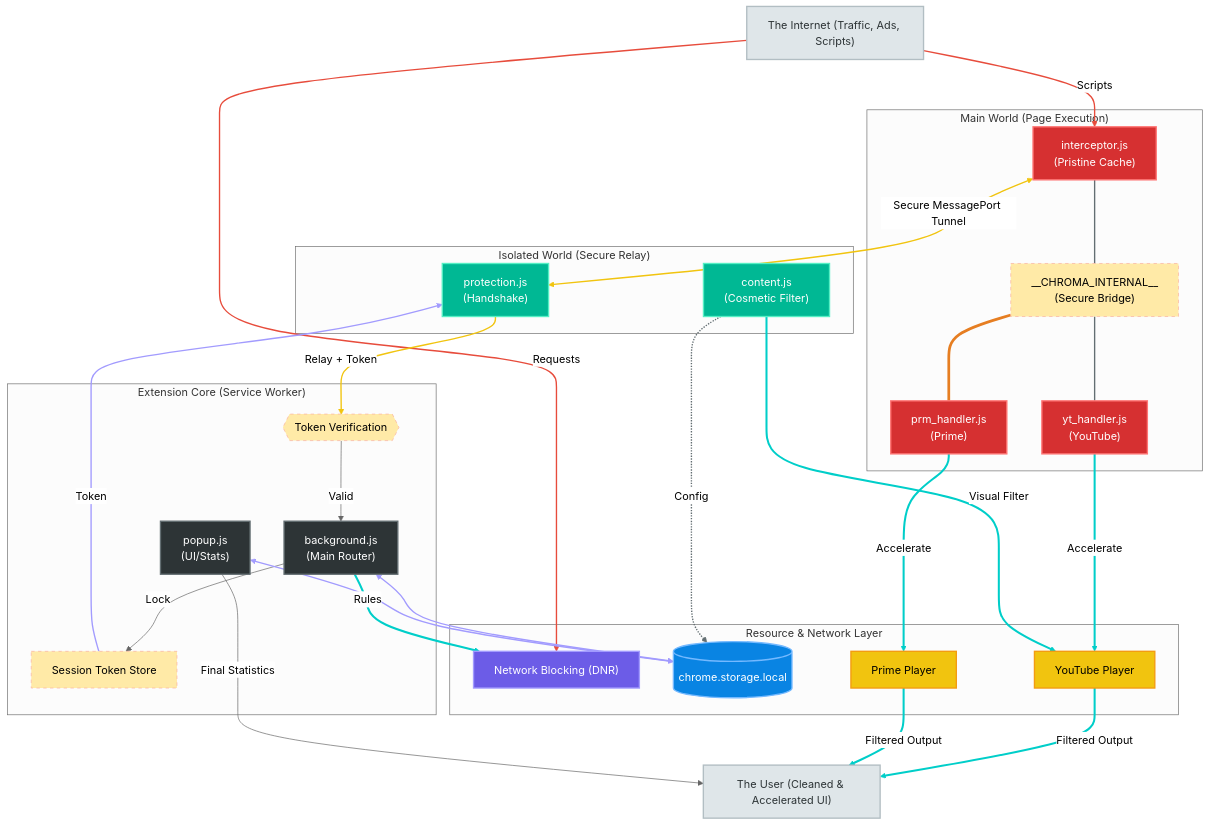
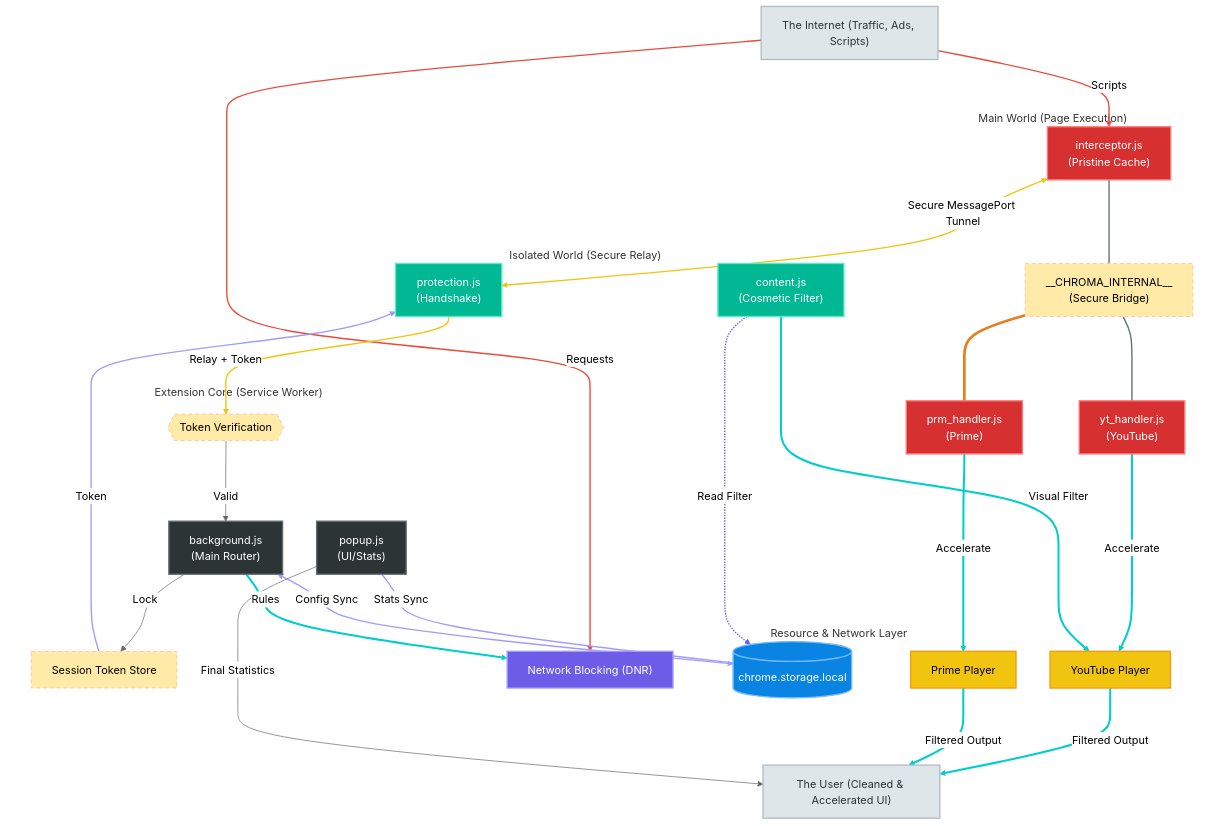
One commit to Dabrogost/Chroma-Ad-Blocker changed the diagram in README.md. Above: the diagram before and after it, drawn with Mermaid (neutral theme). The commit also changed other lines of this file, not shown here.

````diff
--- a/README.md
+++ b/README.md
@@ -74,24 +74,24 @@
 
     %% --- FLOW CONNECTIONS ---
     
-    %% Internet to Components (Pulling Internet to center)
+    %% Internet to Components
     INTERNET -- "Scripts" --> MW_INT
     INTERNET -- "Requests" --> DNR
 
-    %% Secure Pipeline (Traceable Handshake)
+    %% Secure Pipeline
     MW_INT <==>|"Secure MessagePort Tunnel"| CS_PROT
     CS_PROT -- "Relay + Token" --> VERIFY
     VERIFY -- "Valid" --> BS
     BS -- "Lock" --> AUTH
     AUTH -- "Token" --> CS_PROT
 
-    %% Management & Storage
-    BS <--> STORAGE
-    POPUP <--> STORAGE
-    CS_GEN -.->|Config| STORAGE
+    %% ─── Storage Connections (Staggered for Visibility) ───
+    POPUP ---|"Stats Sync"| STORAGE
+    BS <-->|"Config Sync"| STORAGE
+    CS_GEN -.->|"Read Filter"| STORAGE
+
+    %% Control & Action
     BS -- "Rules" --> DNR
-
-    %% Output Generation (Pulling User to center)
     CS_YT ==>|"Accelerate"| YT_DOM
     CS_PV ==>|"Accelerate"| PV_DOM
     CS_GEN ==>|"Visual Filter"| YT_DOM
@@ -101,14 +101,20 @@
     POPUP -- "Final Statistics" --> USER
 
     %% --- LOGIC TRACING (LINK STYLES) ---
-    %% Inbound: Grey
-    linkStyle 0,1,12 stroke:#636e72,stroke-width:2px;
-    %% Handshake: Orange/Gold/Red
+    linkStyle 0,1 stroke:#636e72,stroke-width:2px;
     linkStyle 2 stroke:#e67e22,stroke-width:4px;
     linkStyle 3,4 stroke:#e74c3c,stroke-width:2px;
     linkStyle 5,6 stroke:#f1c40f,stroke-width:2px;
-    %% Data: Purple
+    %% Storage Path (Index 9,10,11)
     linkStyle 9,10,11 stroke:#a29bfe,stroke-width:2px;
-    %% User experience: Cyan
+    %% Control Path (Index 12)
+    linkStyle 12 stroke:#6c5ce7,stroke-width:2px;
+    %% User Output (Index 13,14,15,16,17,18)
     linkStyle 13,14,15,16,17,18 stroke:#00cec9,stroke-width:3px;
+
+    %% --- HIDE SUBGRAPH BOXES ---
+    style MW fill:none,stroke:none
+    style IW fill:none,stroke:none
+    style SW fill:none,stroke:none
+    style System fill:none,stroke:none
 ```
````
